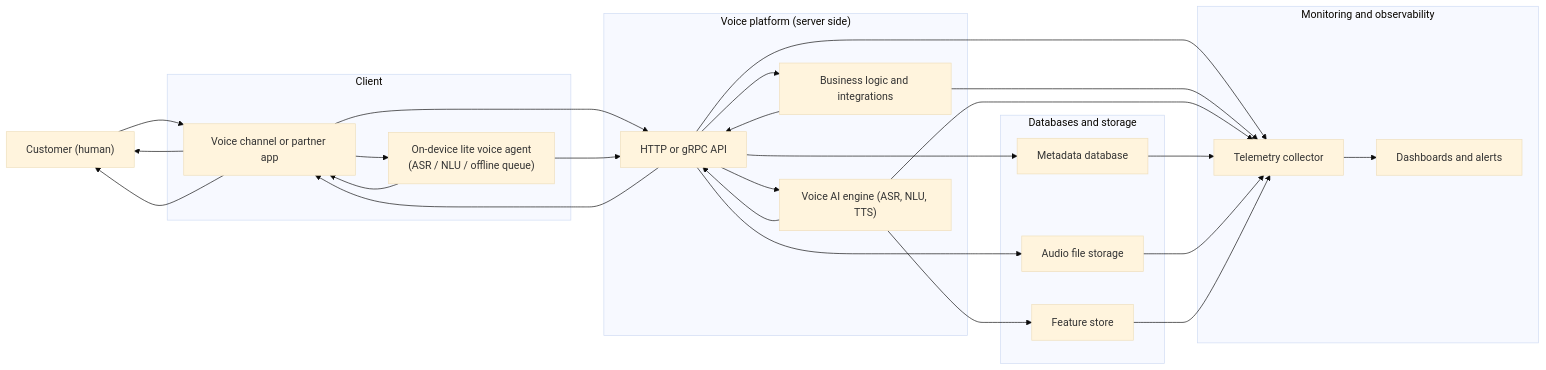
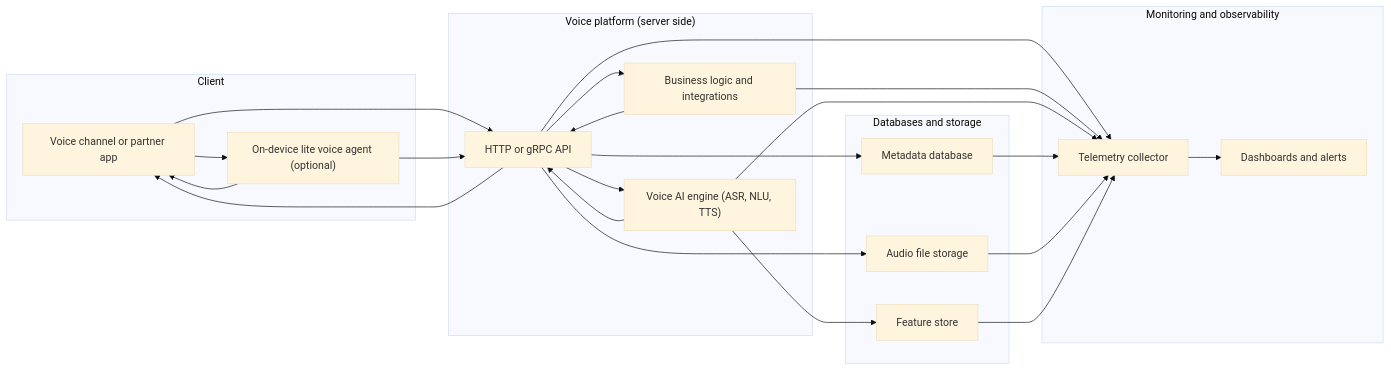
One commit to annaholtkamp-ach/Software-Engineering-Basic changed the fourth of 7 diagrams in README.md. Above: the diagram before and after it, drawn with Mermaid (base theme).

Commit message:
Update client README.md

````diff
--- a/README.md
+++ b/README.md
@@ -128,69 +128,61 @@
 ```mermaid
 flowchart LR
-
-  %% User / actor
-  customer["Customer (human)"]
 
   %% Client layer
   subgraph Client["Client"]
     voiceApp["Voice channel or partner app"]
-    liteAgent["On-device lite voice agent\n(ASR / NLU / offline queue)"]
+    liteAgent["On-device lite voice agent (optional)"]
   end
 
   %% Server layer
   subgraph Server["Voice platform (server side)"]
     api["HTTP or gRPC API"]
     logic["Business logic and integrations"]
     voiceAI["Voice AI engine (ASR, NLU, TTS)"]
   end
 
   %% Data layer
   subgraph Data["Databases and storage"]
     metaDB["Metadata database"]
     audioStore["Audio file storage"]
     featureStore["Feature store"]
   end
 
   %% Observability layer
   subgraph Observability["Monitoring and observability"]
     telemetry["Telemetry collector"]
     dashboards["Dashboards and alerts"]
   end
 
   telemetry --> dashboards
 
-  %% Customer <-> client interaction (not network between clients)
-  customer --> voiceApp
-  voiceApp --> customer
-
   %% Client internals
   voiceApp --> liteAgent
   liteAgent --> voiceApp
 
   %% Client to server
   voiceApp --> api
   liteAgent --> api
 
   %% Inside server
   api --> logic
   api --> voiceAI
   logic --> api
   voiceAI --> api
 
   %% Server to data
   api --> metaDB
   api --> audioStore
   voiceAI --> featureStore
 
-  %% Response back to client and user
+  %% Response back to client
   api --> voiceApp
-  voiceApp --> customer
 
   %% Telemetry from server and data
   api --> telemetry
   logic --> telemetry
   voiceAI --> telemetry
   metaDB --> telemetry
   audioStore --> telemetry
   featureStore --> telemetry
 ```  
````
